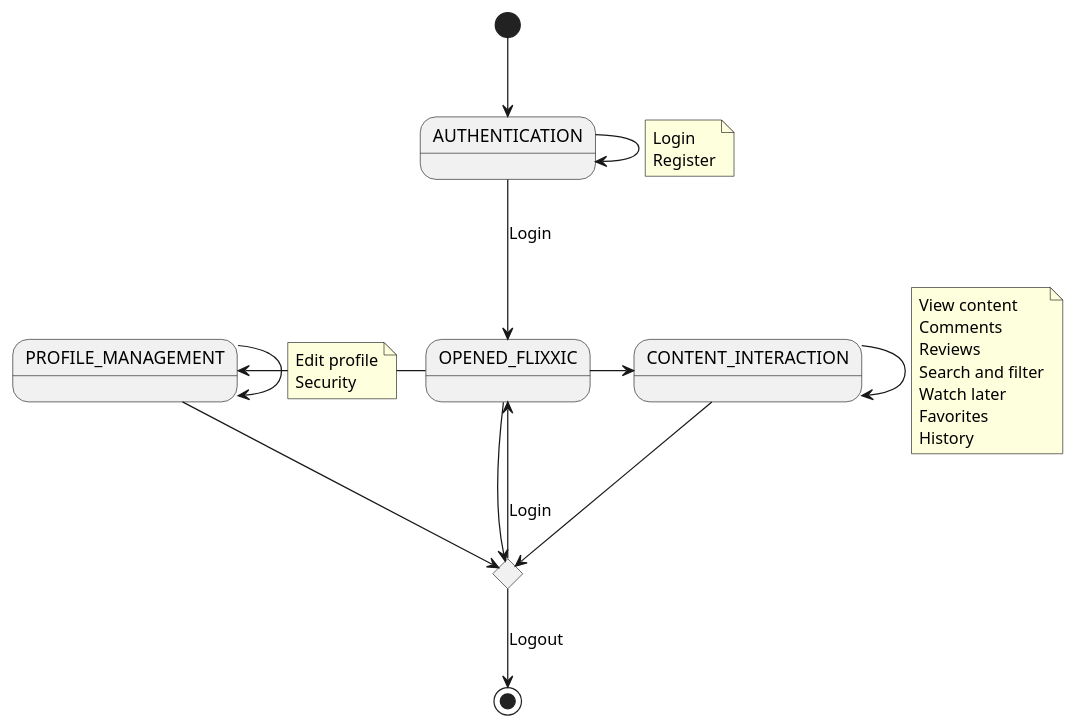
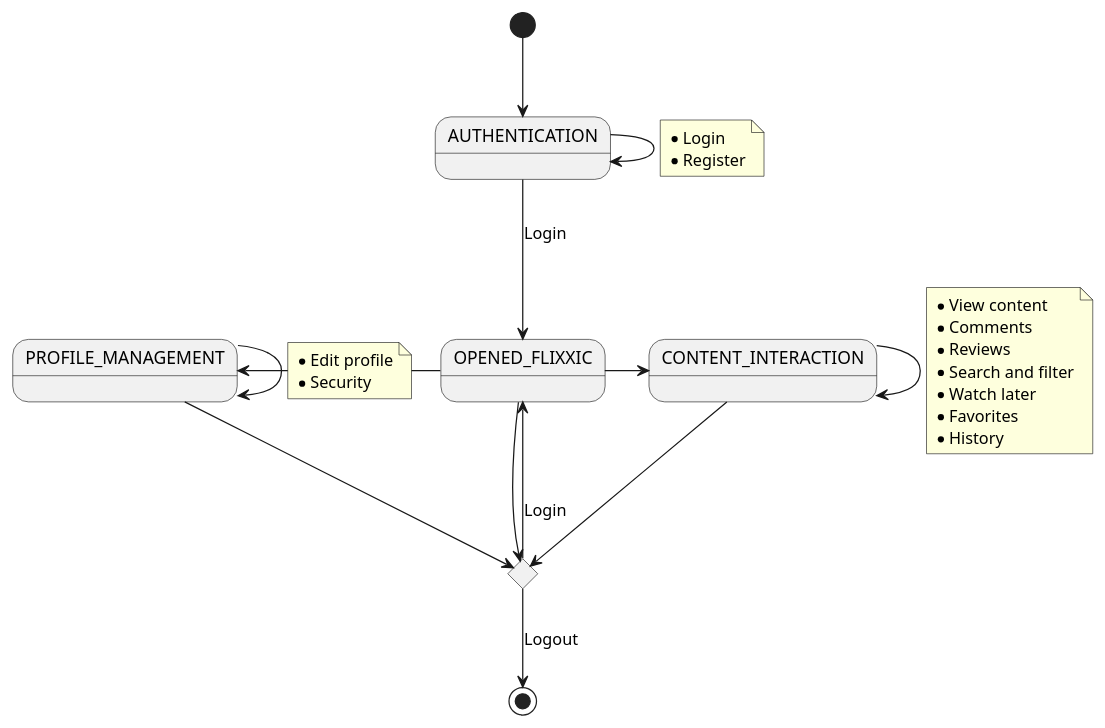
One commit to vfred0/requeriments-flixxic changed the second of 2 diagrams in docs/1-requeriments/1-actors-use-cases/user/use-cases-context.puml. Above: the diagram before and after it, drawn with PlantUML. The commit also changed 7 other files, not shown here.

```diff
--- a/docs/1-requeriments/1-actors-use-cases/user/use-cases-context.puml
+++ b/docs/1-requeriments/1-actors-use-cases/user/use-cases-context.puml
@@ -70,42 +70,42 @@
 @startuml use-cases-context-v2
 
 [*] --> AUTHENTICATION
 
 AUTHENTICATION --> OPENED_FLIXXIC: Login
 OPENED_FLIXXIC -right-> CONTENT_INTERACTION
 OPENED_FLIXXIC -left-> PROFILE_MANAGEMENT
 
 CONTENT_INTERACTION --> CONTENT_INTERACTION
 note on link
-  View content
-  Comments
-  Reviews
-  Search and filter
-  Watch later
-  Favorites
-  History
+  * View content
+  * Comments
+  * Reviews
+  * Search and filter
+  * Watch later
+  * Favorites
+  * History
 end note
 
 
 AUTHENTICATION --> AUTHENTICATION
 note on link
-  Login
-  Register
+  * Login
+  * Register
 end note
 
 PROFILE_MANAGEMENT --> PROFILE_MANAGEMENT
 note on link
-  Edit profile
-  Security  
+  * Edit profile
+  * Security  
 end note
 
 state logout <<choice>>
 
 
 CONTENT_INTERACTION --> logout
 PROFILE_MANAGEMENT --> logout
 
 OPENED_FLIXXIC --> logout
 logout --> [*]: Logout
 logout -left-> OPENED_FLIXXIC: Login
 @enduml
```
